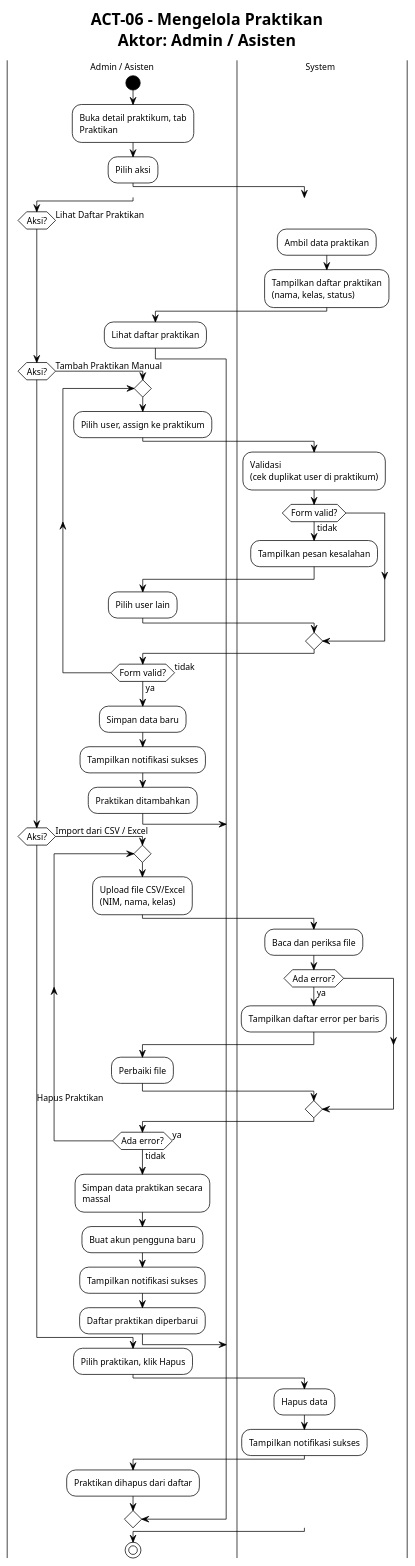
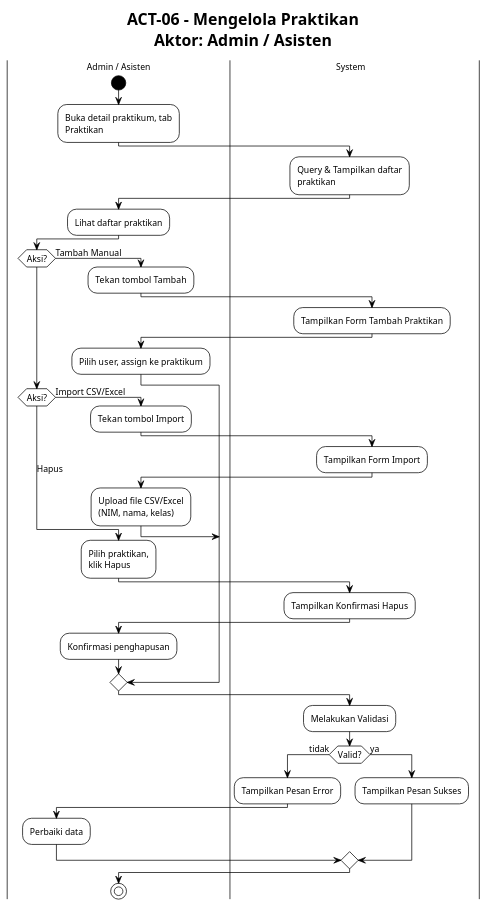
One commit to Habiboys/SILAB-DSI changed the diagram in docs/praktikum/activity/ACT_06_MENGELOLA_PRAKTIKAN.puml. Above: the diagram before and after it, drawn with PlantUML. The commit also changed 170 other files, not shown here.

```diff
--- a/docs/praktikum/activity/ACT_06_MENGELOLA_PRAKTIKAN.puml
+++ b/docs/praktikum/activity/ACT_06_MENGELOLA_PRAKTIKAN.puml
@@ -1,74 +1,58 @@
 @startuml ACT_06_MENGELOLA_PRAKTIKAN
 !theme plain
 !pragma useVerticalIf on
 scale max 1600 width
 skinparam wrapWidth 200
 skinparam defaultFontSize 12
-skinparam swimlaneWidth 220
+skinparam swimlaneWidth 260
 skinparam ActivityStartColor black
 skinparam ActivityEndColor black
 title ACT-06 - Mengelola Praktikan\nAktor: Admin / Asisten
 
 |Admin / Asisten|
 |System|
 
 |Admin / Asisten|
 start
 :Buka detail praktikum, tab Praktikan;
-:Pilih aksi;
+|System|
+:Query & Tampilkan daftar praktikan;
+|Admin / Asisten|
+:Lihat daftar praktikan;
 
-if (Aksi?) then (Lihat Daftar Praktikan)
+if (Aksi?) then (Tambah Manual)
+  :Tekan tombol Tambah;
   |System|
-  :Ambil data praktikan;
-  :Tampilkan daftar praktikan\n(nama, kelas, status);
+  :Tampilkan Form Tambah Praktikan;
   |Admin / Asisten|
-  :Lihat daftar praktikan;
+  :Pilih user, assign ke praktikum;
 
-elseif (Aksi?) then (Tambah Praktikan Manual)
+elseif (Aksi?) then (Import CSV/Excel)
+  :Tekan tombol Import;
+  |System|
+  :Tampilkan Form Import;
   |Admin / Asisten|
-  repeat
-    :Pilih user, assign ke praktikum;
-    |System|
-    :Validasi\n(cek duplikat user di praktikum);
-    if (Form valid?) then (tidak)
-      :Tampilkan pesan kesalahan;
-      |Admin / Asisten|
-      :Pilih user lain;
-    endif
-  repeat while (Form valid?) is (tidak) not (ya)
-  :Simpan data baru;
-  :Tampilkan notifikasi sukses;
+  :Upload file CSV/Excel\n(NIM, nama, kelas);
+
+else (Hapus)
+  :Pilih praktikan,\nklik Hapus;
+  |System|
+  :Tampilkan Konfirmasi Hapus;
   |Admin / Asisten|
-  :Praktikan ditambahkan;
+  :Konfirmasi penghapusan;
+endif
 
-elseif (Aksi?) then (Import dari CSV / Excel)
+|System|
+:Melakukan Validasi;
+if (Valid?) then (tidak)
+  :Tampilkan Pesan Error;
   |Admin / Asisten|
-  repeat
-    :Upload file CSV/Excel\n(NIM, nama, kelas);
-    |System|
-    :Baca dan periksa file;
-    if (Ada error?) then (ya)
-      :Tampilkan daftar error per baris;
-      |Admin / Asisten|
-      :Perbaiki file;
-    endif
-  repeat while (Ada error?) is (ya) not (tidak)
-  :Simpan data praktikan secara massal;
-  :Buat akun pengguna baru;
-  :Tampilkan notifikasi sukses;
+  :Perbaiki data;
+  |System|
+else (ya)
+  :Tampilkan Pesan Sukses;
   |Admin / Asisten|
-  :Daftar praktikan diperbarui;
-
-else (Hapus Praktikan)
-  |Admin / Asisten|
-  :Pilih praktikan, klik Hapus;
-  |System|
-  :Hapus data;
-  :Tampilkan notifikasi sukses;
-  |Admin / Asisten|
-  :Praktikan dihapus dari daftar;
-
 endif
 
 stop
 @enduml
```
